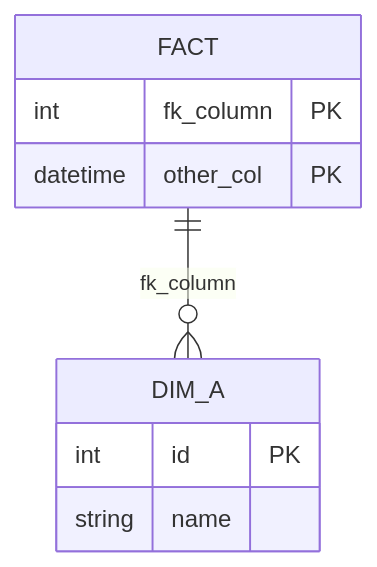
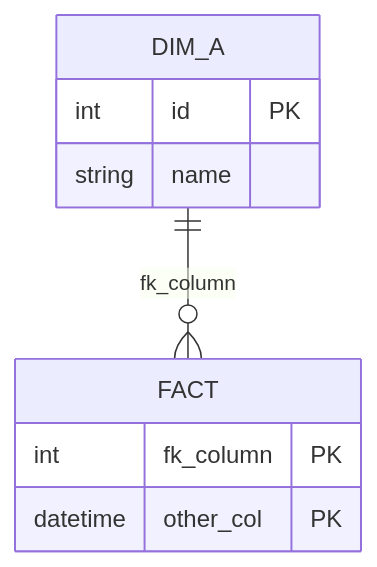
One commit to nkiper/azure-meteoschweiz-pipeline changed the diagram in docs/phase-3-warehouse/lesson-07-cheatsheet.md. Above: the diagram before and after it, drawn with Mermaid. The commit also changed 9 other files, not shown here.

````diff
--- a/docs/phase-3-warehouse/lesson-07-cheatsheet.md
+++ b/docs/phase-3-warehouse/lesson-07-cheatsheet.md
@@ -78,12 +78,12 @@
 ```mermaid
 erDiagram
-    FACT ||--o{ DIM_A : fk_column
+    DIM_A ||--o{ FACT : fk_column
     FACT {
         int fk_column PK
         datetime other_col PK
     }
     DIM_A {
         int id PK
         string name
     }
 ```
````
